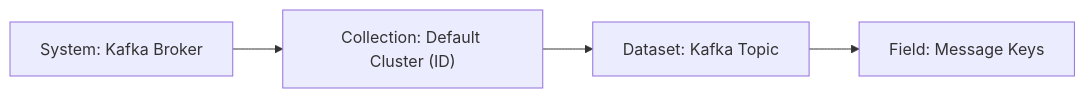
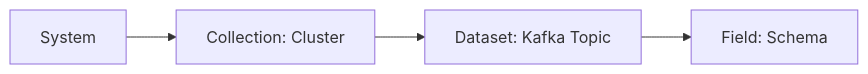
The first of 2 diagrams in apps/m4i-data-dictionary-io/m4i_data_dictionary_io/sources/kafka/README.md (aureliusenterprise/aurelius), drawn with Mermaid before and after one commit. The commit also changed other lines of this file, not shown here.

````diff
--- a/apps/m4i-data-dictionary-io/m4i_data_dictionary_io/sources/kafka/README.md
+++ b/apps/m4i-data-dictionary-io/m4i_data_dictionary_io/sources/kafka/README.md
@@ -9,6 +39,6 @@
 ```mermaid
 graph LR
-    A["System: Kafka Broker"] --> B["Collection: Default Cluster (ID)"]
+    A["System"] --> B["Collection: Cluster"]
     B --> C["Dataset: Kafka Topic"]
-    C --> D["Field: Message Keys"]
+    C --> D["Field: Schema"]
 ```
````
